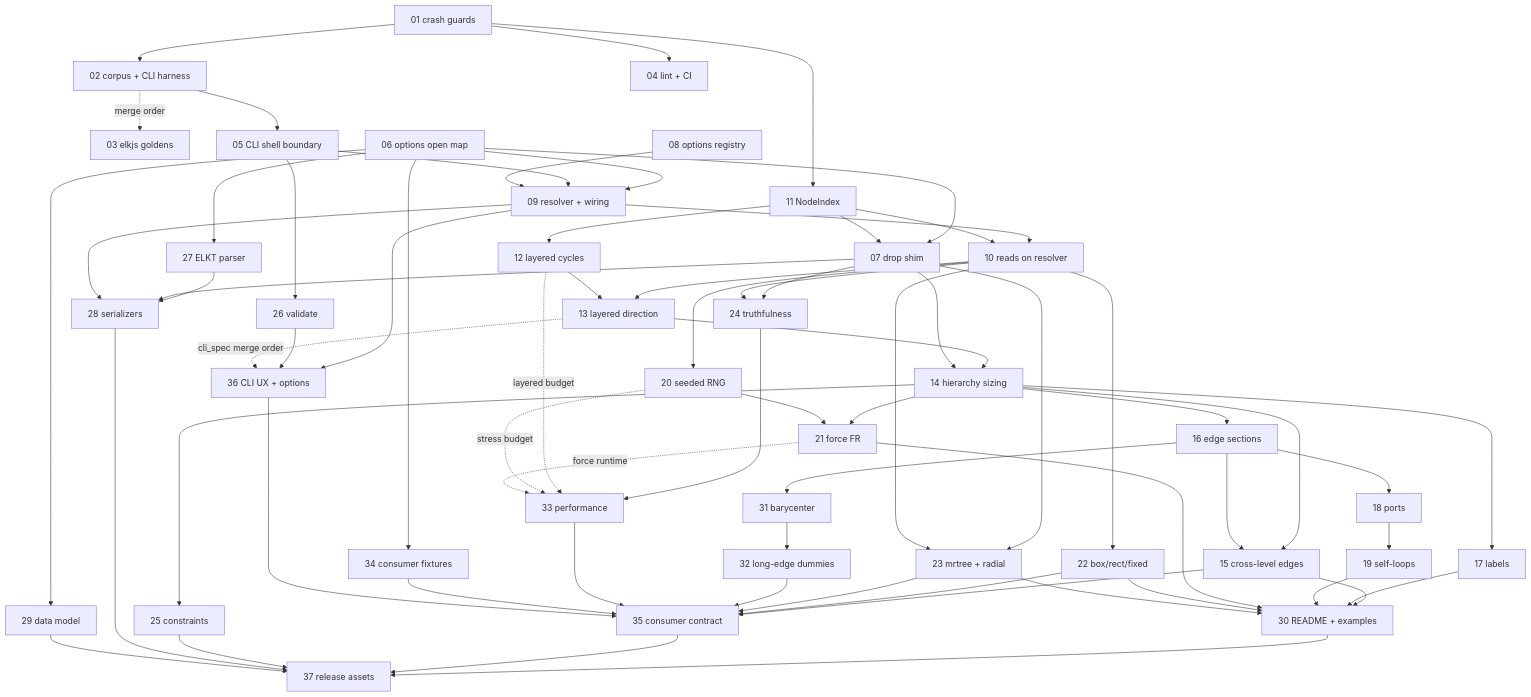
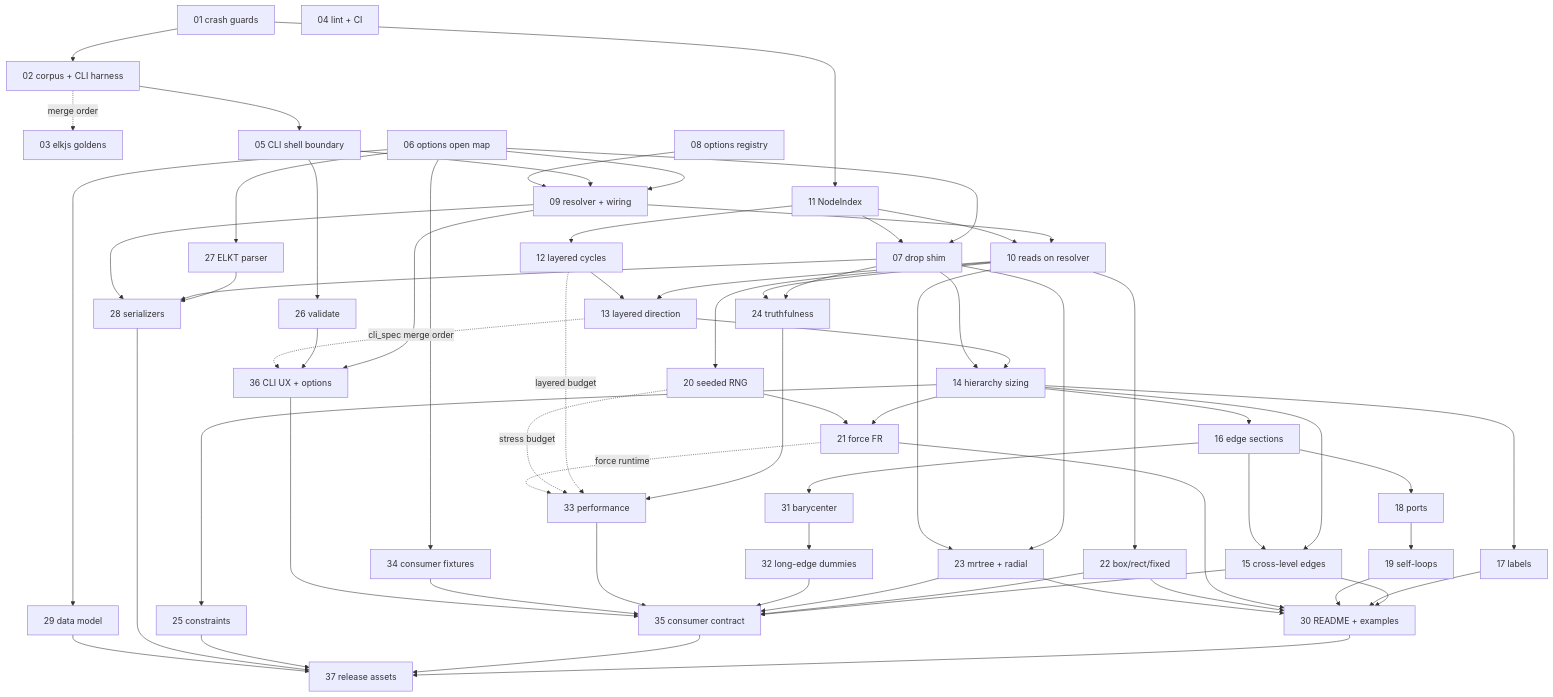
The first of 2 diagrams in TODO.remediation/00-overview.md (claricle/elkrb), drawn with Mermaid before and after one commit. The commit also changed other lines of this file and 1 other file, not shown here.

````diff
--- a/TODO.remediation/00-overview.md
+++ b/TODO.remediation/00-overview.md
@@ -45,69 +45,72 @@
 ```mermaid
 flowchart TD
+%% 04 stands alone on purpose: nothing blocks its start and it blocks
+%% nothing structurally. Its old merge-order edge from 03 is spent —
+%% 04 merged first. A solid edge here would assert a block that is not real.
     I01[01 crash guards] --> I02[02 corpus + CLI harness]
     I02 -.merge order.-> I03[03 elkjs goldens]
-    I01 --> I04[04 lint + CI]
+    I04[04 lint + CI]
     I02 --> I05[05 CLI shell boundary]
     I01 --> I11[11 NodeIndex]
     I06[06 options open map] --> I07[07 drop shim]
     I11 --> I07
     I06 --> I09[09 resolver + wiring]
     I05 --> I09
     I08[08 options registry] --> I09
     I09 --> I10[10 reads on resolver]
     I11 --> I10
     I11 --> I12[12 layered cycles]
     I10 --> I13[13 layered direction]
     I12 --> I13
     I13 --> I14[14 hierarchy sizing]
     I07 --> I14
     I14 --> I16[16 edge sections]
     I14 --> I15[15 cross-level edges]
     I16 --> I15
     I14 --> I17[17 labels]
     I16 --> I18[18 ports]
     I18 --> I19[19 self-loops]
     I10 --> I20[20 seeded RNG]
     I14 --> I21[21 force FR]
     I20 --> I21
     I10 --> I22[22 box/rect/fixed]
     I07 --> I23[23 mrtree + radial]
     I10 --> I23
     I07 --> I24[24 truthfulness]
     I10 --> I24
     I14 --> I25[25 constraints]
     I05 --> I26[26 validate]
     I06 --> I27[27 ELKT parser]
     I27 --> I28[28 serializers]
     I07 --> I28
     I09 --> I28
     I06 --> I29[29 data model]
     I06 --> I34[34 consumer fixtures]
     I16 --> I31[31 barycenter]
     I31 --> I32[32 long-edge dummies]
     I24 --> I33[33 performance]
     I09 --> I36[36 CLI UX + options]
     I26 --> I36
     I15 --> I30[30 README + examples]
     I17 --> I30
     I19 --> I30
     I21 --> I30
     I22 --> I30
     I23 --> I30
     I15 --> I35[35 consumer contract]
     I22 --> I35
     I23 --> I35
     I32 --> I35
     I33 --> I35
     I34 --> I35
     I36 --> I35
     I30 --> I37[37 release assets]
     I35 --> I37
     I25 --> I37
     I28 --> I37
     I29 --> I37
     I12 -.layered budget.-> I33
     I20 -.stress budget.-> I33
     I21 -.force runtime.-> I33
     I13 -.cli_spec merge order.-> I36
 ```
````
